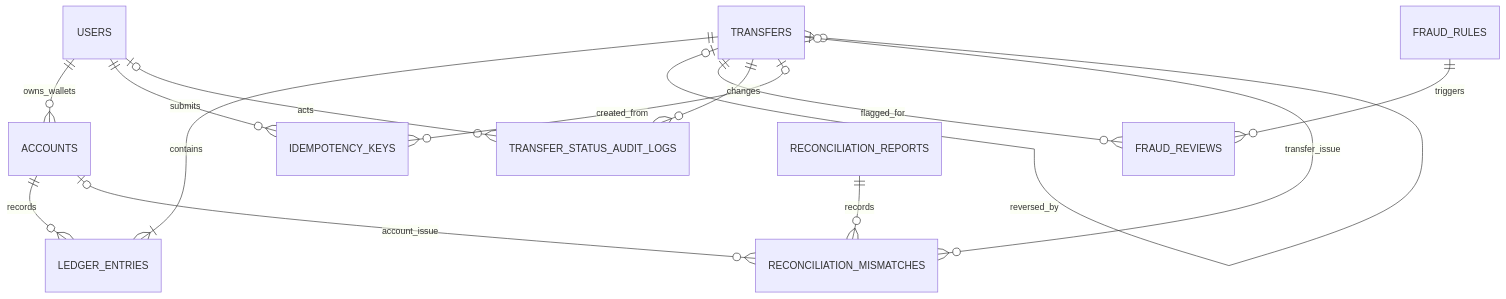
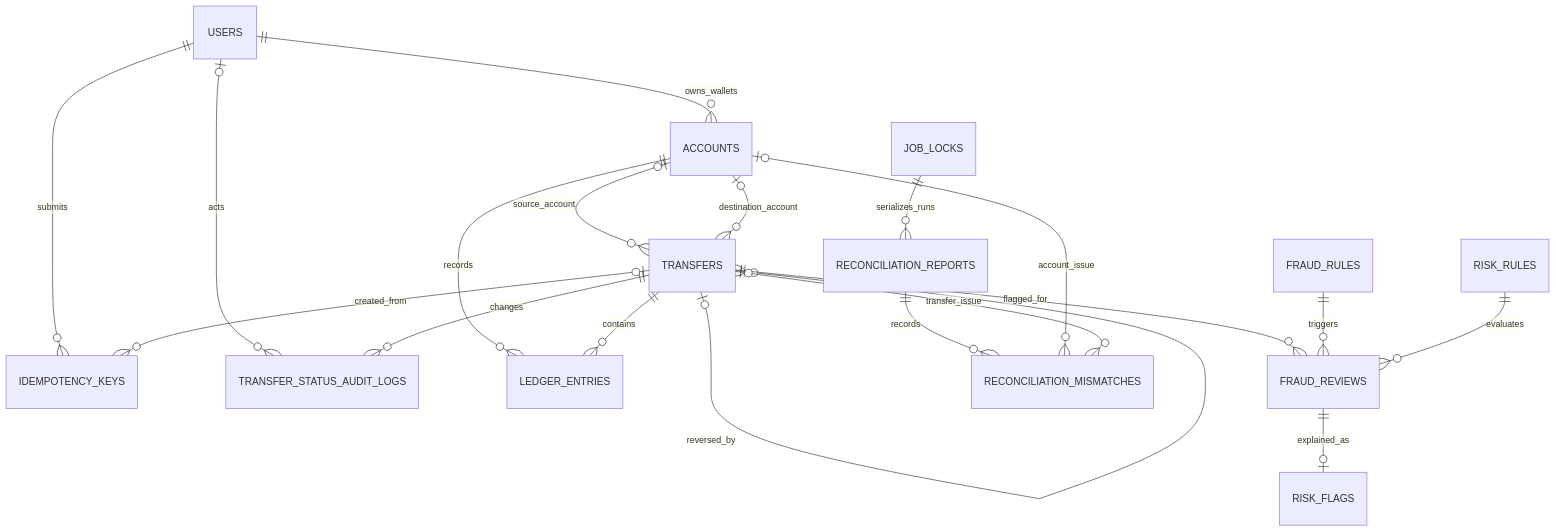
Before and after one commit to Mak2503/wallet-ledger: the diagram in docs/schema.md, drawn with Mermaid. The commit also changed other lines of this file and 15 other files, not shown here.

````diff
--- a/docs/schema.md
+++ b/docs/schema.md
@@ -55,16 +66,21 @@
 ```mermaid
 erDiagram
     USERS ||--o{ ACCOUNTS : owns_wallets
     USERS ||--o{ IDEMPOTENCY_KEYS : submits
     USERS o|--o{ TRANSFER_STATUS_AUDIT_LOGS : acts
     ACCOUNTS ||--o{ LEDGER_ENTRIES : records
-    TRANSFERS ||--|{ LEDGER_ENTRIES : contains
+    ACCOUNTS o|--o{ TRANSFERS : source_account
+    ACCOUNTS o|--o{ TRANSFERS : destination_account
+    TRANSFERS ||--o{ LEDGER_ENTRIES : contains
     TRANSFERS o|--o{ TRANSFERS : reversed_by
     TRANSFERS ||--o{ FRAUD_REVIEWS : flagged_for
     FRAUD_RULES ||--o{ FRAUD_REVIEWS : triggers
+    RISK_RULES ||--o{ FRAUD_REVIEWS : evaluates
+    FRAUD_REVIEWS ||--o| RISK_FLAGS : explained_as
     TRANSFERS ||--o{ TRANSFER_STATUS_AUDIT_LOGS : changes
     TRANSFERS o|--o{ IDEMPOTENCY_KEYS : created_from
+    JOB_LOCKS ||--o{ RECONCILIATION_REPORTS : serializes_runs
     RECONCILIATION_REPORTS ||--o{ RECONCILIATION_MISMATCHES : records
     ACCOUNTS o|--o{ RECONCILIATION_MISMATCHES : account_issue
     TRANSFERS o|--o{ RECONCILIATION_MISMATCHES : transfer_issue
 ```
````
